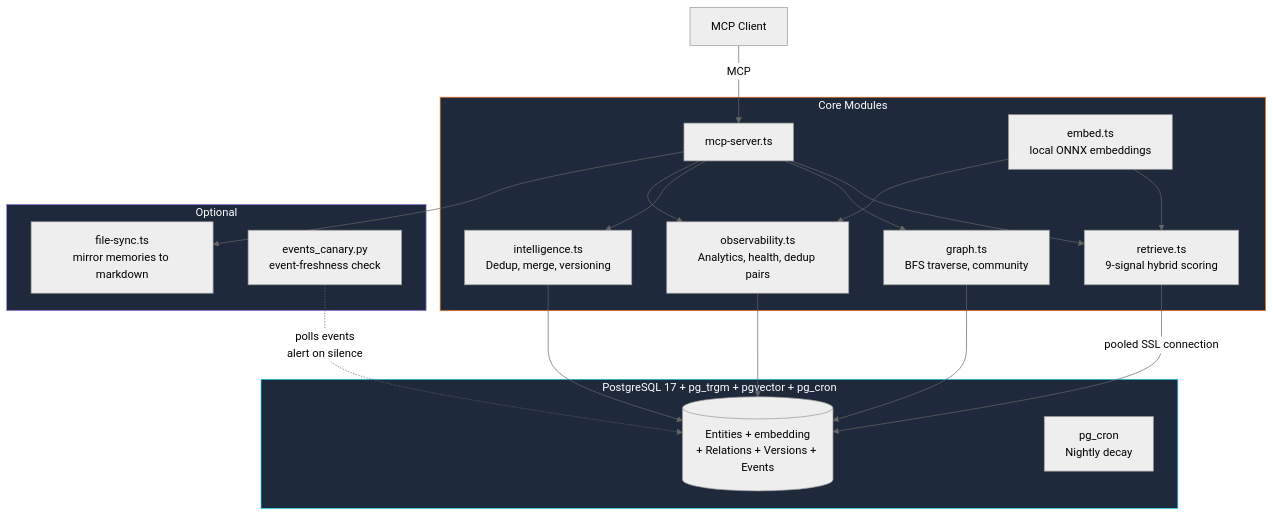
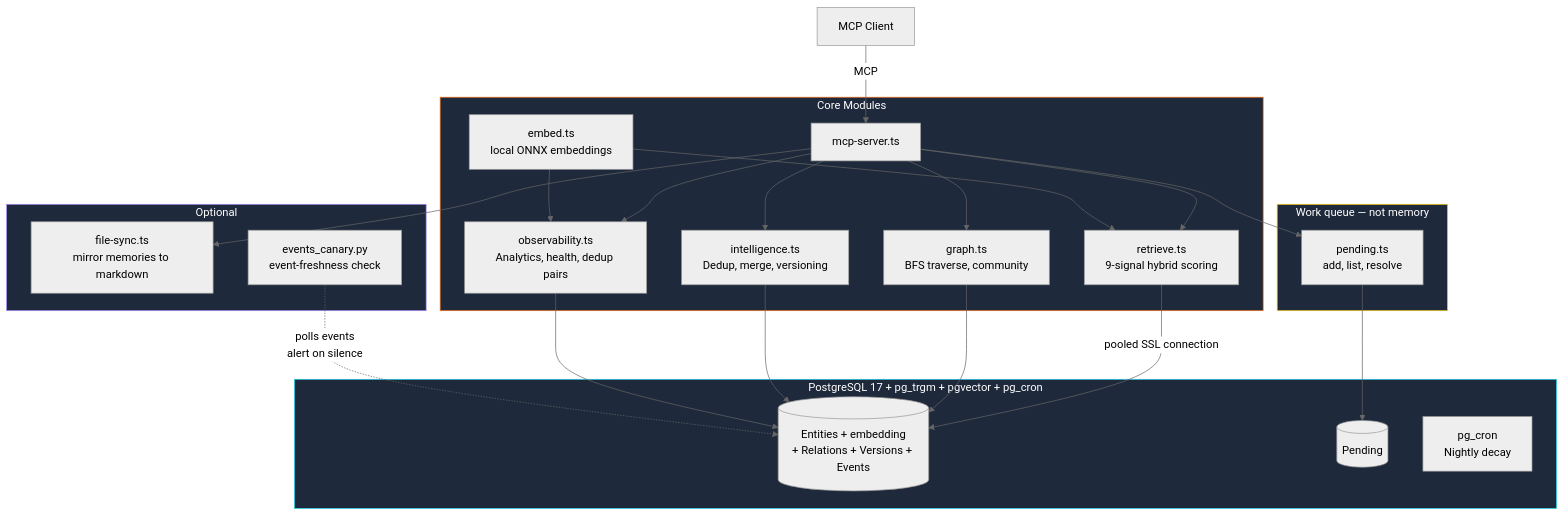
Before and after one commit to effecet/memory-persistor: the diagram in README.md, drawn with Mermaid (neutral theme). The commit also changed other lines of this file and 1 other file, not shown here.

First line of the commit message:
[docs] feat: document the pending queue + add docs/architecture.md

````diff
--- a/README.md
+++ b/README.md
@@ -78,34 +85,42 @@
 ```mermaid
 graph TD
     CC[MCP Client] -->|MCP| SERVER[mcp-server.ts]
 
     subgraph Core["Core Modules"]
         SERVER --> RET[retrieve.ts<br/>9-signal hybrid scoring]
         SERVER --> GRP[graph.ts<br/>BFS traverse, community]
         SERVER --> INT[intelligence.ts<br/>Dedup, merge, versioning]
         SERVER --> OBS[observability.ts<br/>Analytics, health, dedup pairs]
         EMB[embed.ts<br/>local ONNX embeddings] --> RET
         EMB --> OBS
     end
 
+    subgraph Queue["Work queue — not memory"]
+        PEND[pending.ts<br/>add, list, resolve]
+    end
+
     subgraph DB["PostgreSQL 17 + pg_trgm + pgvector + pg_cron"]
         PG[(Entities + embedding<br/>+ Relations + Versions + Events)]
+        PQ[(Pending)]
         CRON[pg_cron<br/>Nightly decay]
     end
 
     subgraph Sync["Optional"]
         FS[file-sync.ts<br/>mirror memories to markdown]
         CAN[events_canary.py<br/>event-freshness check]
     end
 
     RET -->|pooled SSL connection| PG
     GRP --> PG
     INT --> PG
     OBS --> PG
     SERVER --> FS
+    SERVER --> PEND
+    PEND --> PQ
     CAN -.->|polls events<br/>alert on silence| PG
 
     style Core fill:#1e293b,stroke:#f97316,color:#fff
+    style Queue fill:#1e293b,stroke:#facc15,color:#fff
     style DB fill:#1e293b,stroke:#22d3ee,color:#fff
     style Sync fill:#1e293b,stroke:#a78bfa,color:#fff
 ```
````
